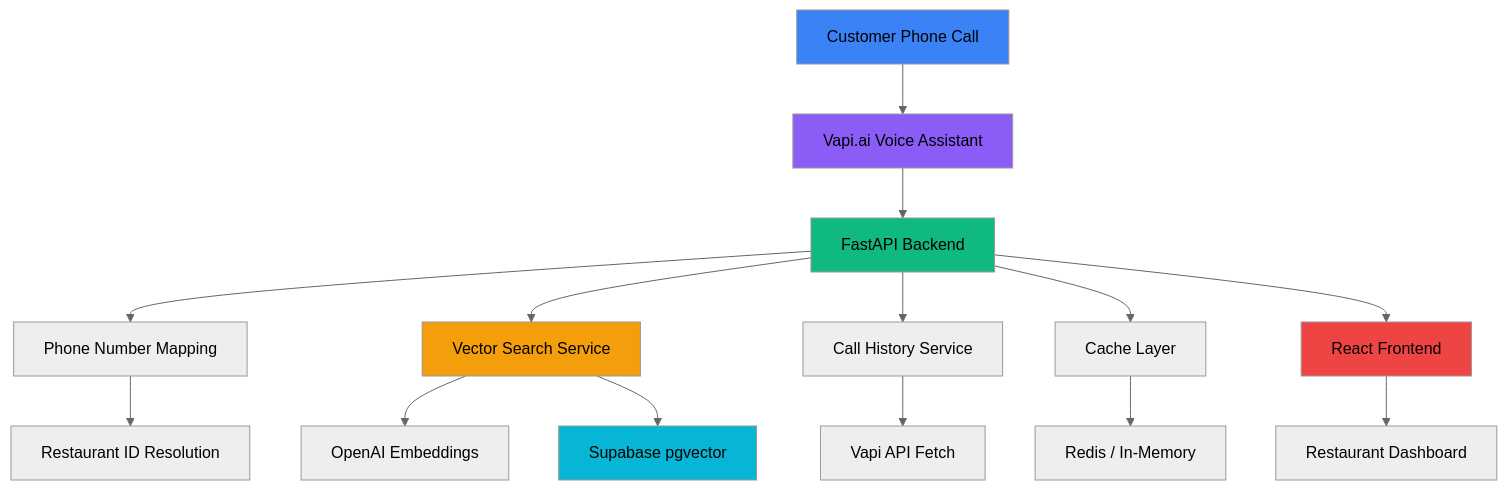
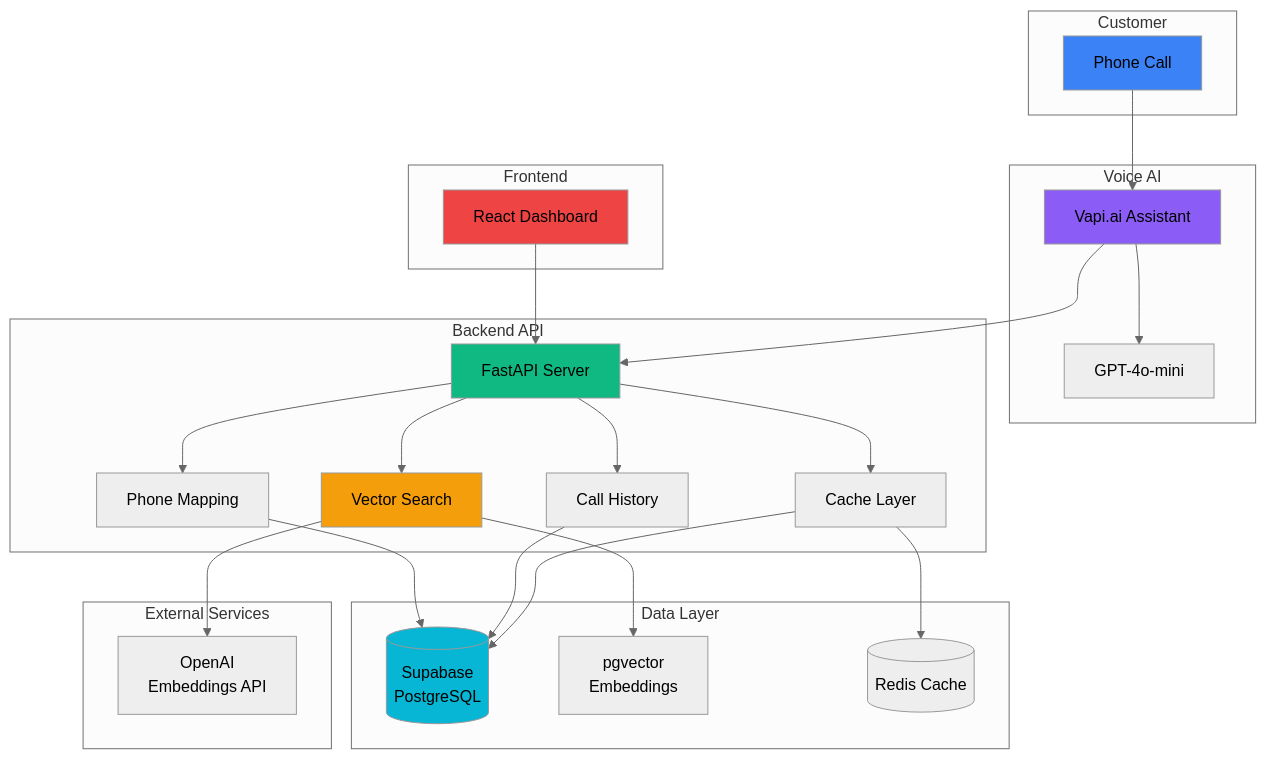
One commit to StephaneWamba/CallEats changed the diagram in README.md. Above: the diagram before and after it, drawn with Mermaid (neutral theme). The commit also changed other lines of this file and 1 other file, not shown here.

Commit message:
Enhance docs with Mermaid diagrams and reduce verbosity

````diff
--- a/README.md
+++ b/README.md
@@ -23,23 +21,55 @@
 ```mermaid
 graph TB
-    A[Customer Phone Call] --> B[Vapi.ai Voice Assistant]
-    B --> C[FastAPI Backend]
-    C --> D[Phone Number Mapping]
-    D --> E[Restaurant ID Resolution]
-    C --> F[Vector Search Service]
-    F --> G[OpenAI Embeddings]
-    F --> H[Supabase pgvector]
-    C --> I[Call History Service]
-    I --> J[Vapi API Fetch]
-    C --> K[Cache Layer]
-    K --> L[Redis / In-Memory]
-    C --> M[React Frontend]
-    M --> N[Restaurant Dashboard]
+    subgraph "Customer"
+        A[Phone Call]
+    end
+
+    subgraph "Voice AI"
+        B[Vapi.ai Assistant]
+        C[GPT-4o-mini]
+    end
+
+    subgraph "Backend API"
+        D[FastAPI Server]
+        E[Phone Mapping]
+        F[Vector Search]
+        G[Call History]
+        H[Cache Layer]
+    end
+
+    subgraph "Data Layer"
+        I[(Supabase<br/>PostgreSQL)]
+        J[pgvector<br/>Embeddings]
+        K[(Redis Cache)]
+    end
+
+    subgraph "External Services"
+        L[OpenAI<br/>Embeddings API]
+    end
+
+    subgraph "Frontend"
+        M[React Dashboard]
+    end
+
+    A --> B
+    B --> C
+    B --> D
+    D --> E
+    D --> F
+    D --> G
+    D --> H
+    E --> I
+    F --> J
+    F --> L
+    G --> I
+    H --> K
+    H --> I
+    M --> D
 
     style A fill:#3b82f6
     style B fill:#8b5cf6
-    style C fill:#10b981
+    style D fill:#10b981
     style F fill:#f59e0b
-    style H fill:#06b6d4
+    style I fill:#06b6d4
     style M fill:#ef4444
 ```
````
